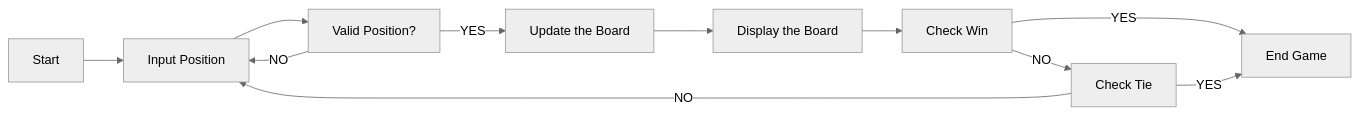
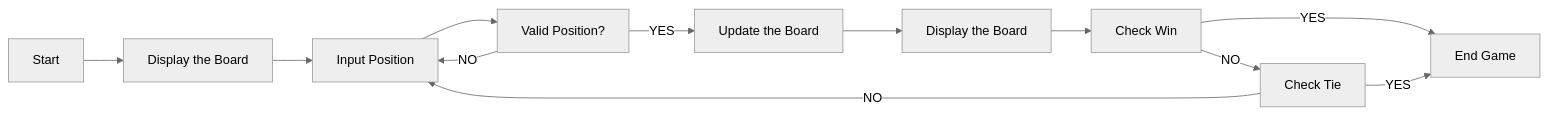
One commit to xiangshiyin/python-for-kids changed the first of 2 diagrams in 2023-2024/2024-01-27/README.md. Above: the diagram before and after it, drawn with Mermaid (neutral theme).

Commit message:
updated mermaid diagram

````diff
--- a/2023-2024/2024-01-27/README.md
+++ b/2023-2024/2024-01-27/README.md
@@ -29,13 +29,14 @@
 ```mermaid
 graph LR;
-    A[Start] --> B[Input Position];
+    A[Start] --> I[Display the Board];
+    I --> B[Input Position];
     B --> H[Valid Position?];
     H --> |YES| C[Update the Board];
     H --> |NO| B;
     C --> D[Display the Board];
     D --> E[Check Win];
     E --> |YES|F[End Game];
     E --> |NO|G[Check Tie];
     G --> |YES|F;
     G --> |NO|B;
 ```
````
